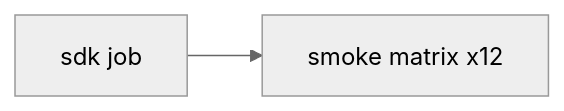
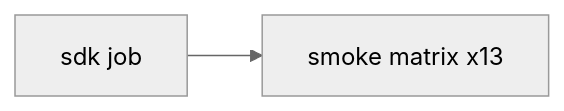
One commit to julerex/lerux changed the diagram in docs/ci.md. Above: the diagram before and after it, drawn with Mermaid (neutral theme). The commit also changed other lines of this file and 14 other files, not shown here.

````diff
--- a/docs/ci.md
+++ b/docs/ci.md
@@ -10,6 +10,6 @@
 ```mermaid
 flowchart LR
   sdk[sdk job]
-  smoke[smoke matrix x12]
+  smoke[smoke matrix x13]
   sdk --> smoke
 ```
````
